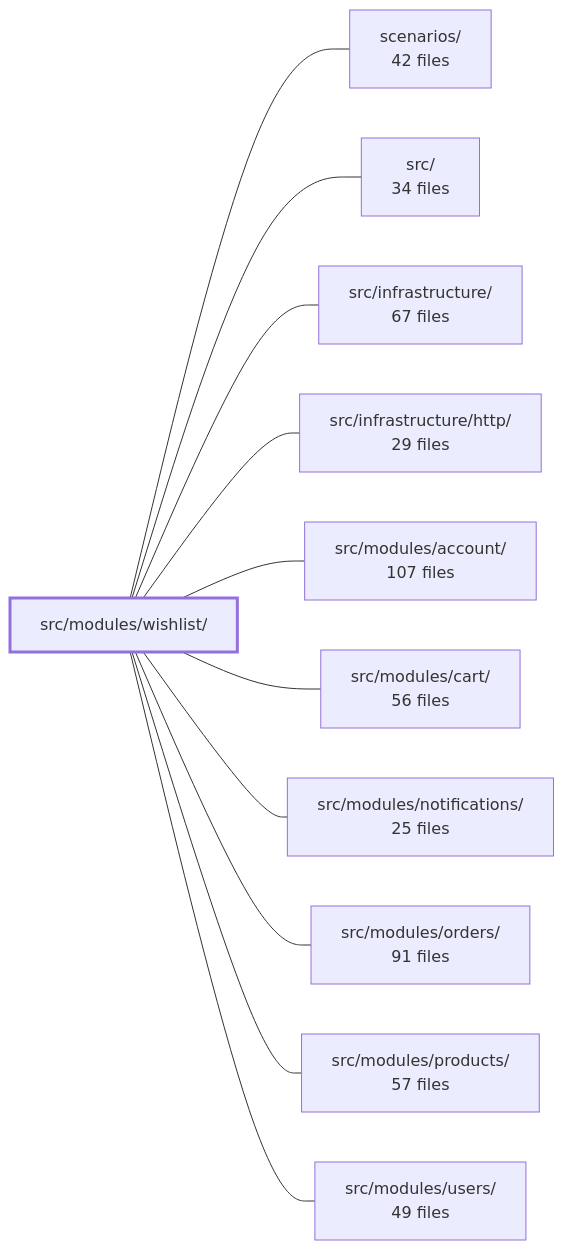
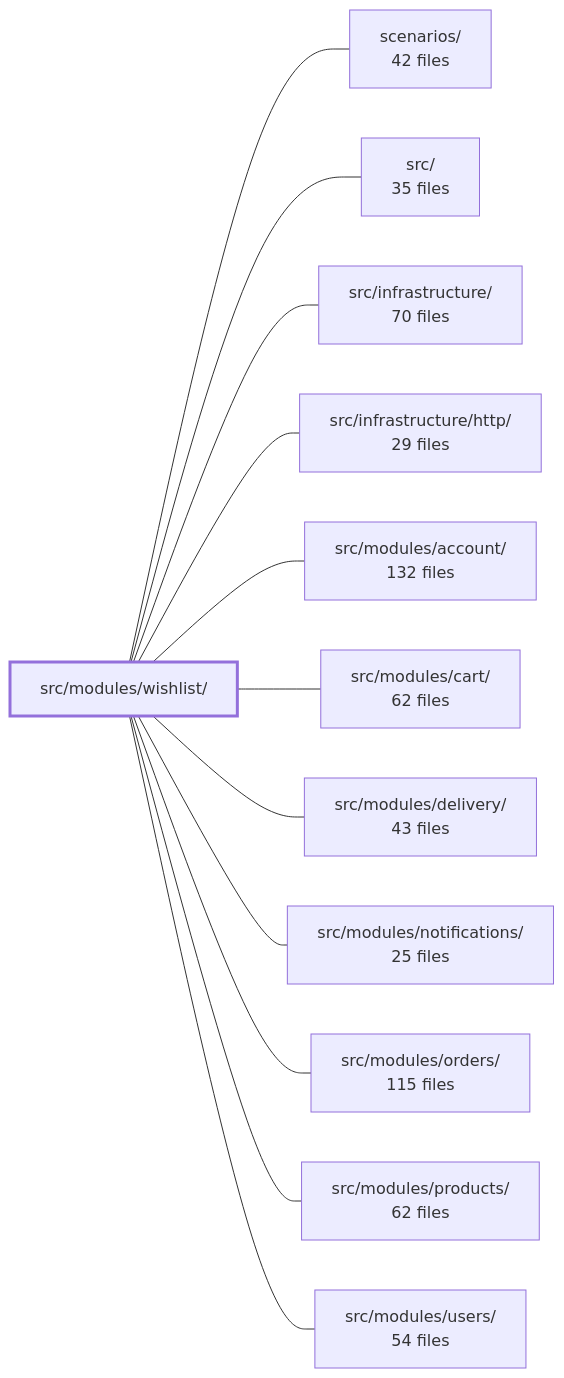
The diagram in .2brain/modules/boilerplate-node-backend_src_modules_wishlist.md (Guebbit/boilerplate-node-backend), drawn with Mermaid before and after one commit. The commit also changed other lines of this file and 627 other files, not shown here.

````diff
--- a/.2brain/modules/boilerplate-node-backend_src_modules_wishlist.md
+++ b/.2brain/modules/boilerplate-node-backend_src_modules_wishlist.md
@@ -40,25 +42,27 @@
 ```mermaid
 flowchart LR
     m_src_modules_wishlist["src/modules/wishlist/"]
     m_scenarios["scenarios/<br/>42 files"]
-    m_src["src/<br/>34 files"]
-    m_src_infrastructure["src/infrastructure/<br/>67 files"]
+    m_src["src/<br/>35 files"]
+    m_src_infrastructure["src/infrastructure/<br/>70 files"]
     m_src_infrastructure_http["src/infrastructure/http/<br/>29 files"]
-    m_src_modules_account["src/modules/account/<br/>107 files"]
-    m_src_modules_cart["src/modules/cart/<br/>56 files"]
+    m_src_modules_account["src/modules/account/<br/>132 files"]
+    m_src_modules_cart["src/modules/cart/<br/>62 files"]
+    m_src_modules_delivery["src/modules/delivery/<br/>43 files"]
     m_src_modules_notifications["src/modules/notifications/<br/>25 files"]
-    m_src_modules_orders["src/modules/orders/<br/>91 files"]
-    m_src_modules_products["src/modules/products/<br/>57 files"]
-    m_src_modules_users["src/modules/users/<br/>49 files"]
+    m_src_modules_orders["src/modules/orders/<br/>115 files"]
+    m_src_modules_products["src/modules/products/<br/>62 files"]
+    m_src_modules_users["src/modules/users/<br/>54 files"]
     m_src_modules_wishlist --- m_scenarios
     m_src_modules_wishlist --- m_src
     m_src_modules_wishlist --- m_src_infrastructure
     m_src_modules_wishlist --- m_src_infrastructure_http
     m_src_modules_wishlist --- m_src_modules_account
     m_src_modules_wishlist --- m_src_modules_cart
+    m_src_modules_wishlist --- m_src_modules_delivery
     m_src_modules_wishlist --- m_src_modules_notifications
     m_src_modules_wishlist --- m_src_modules_orders
     m_src_modules_wishlist --- m_src_modules_products
     m_src_modules_wishlist --- m_src_modules_users
     style m_src_modules_wishlist stroke-width:3px
 ```
````
